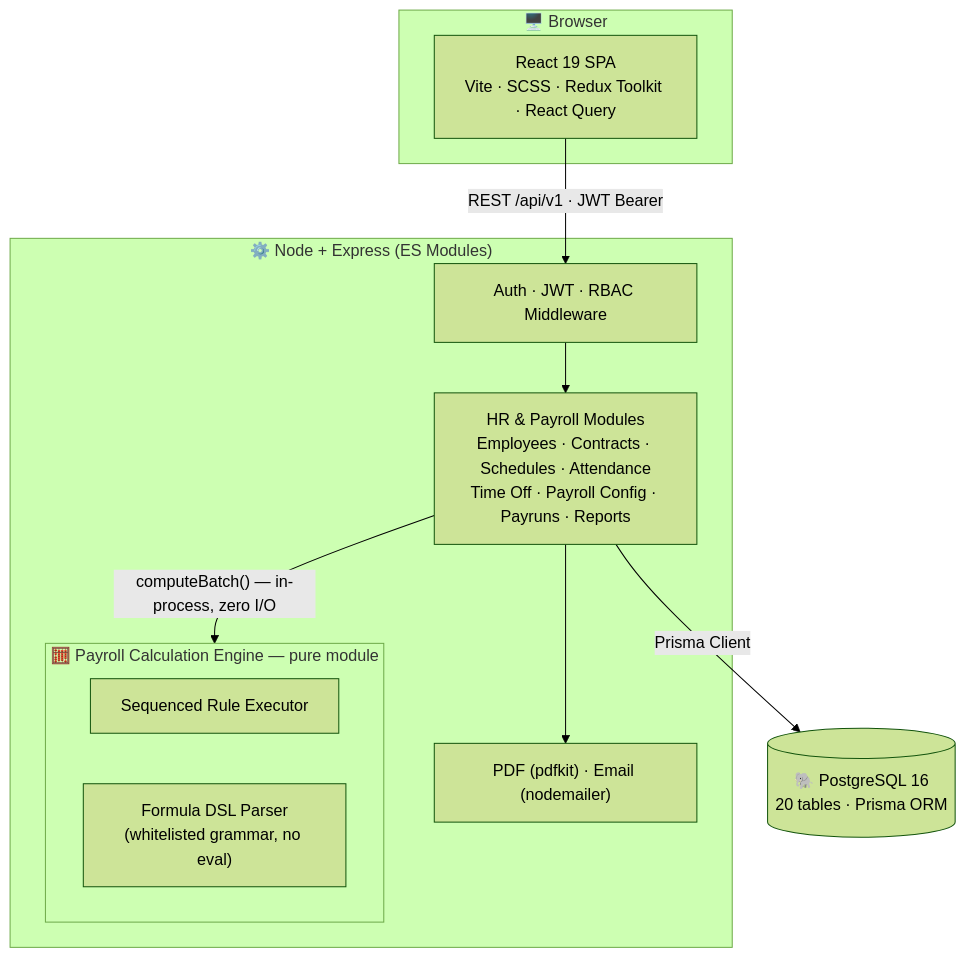
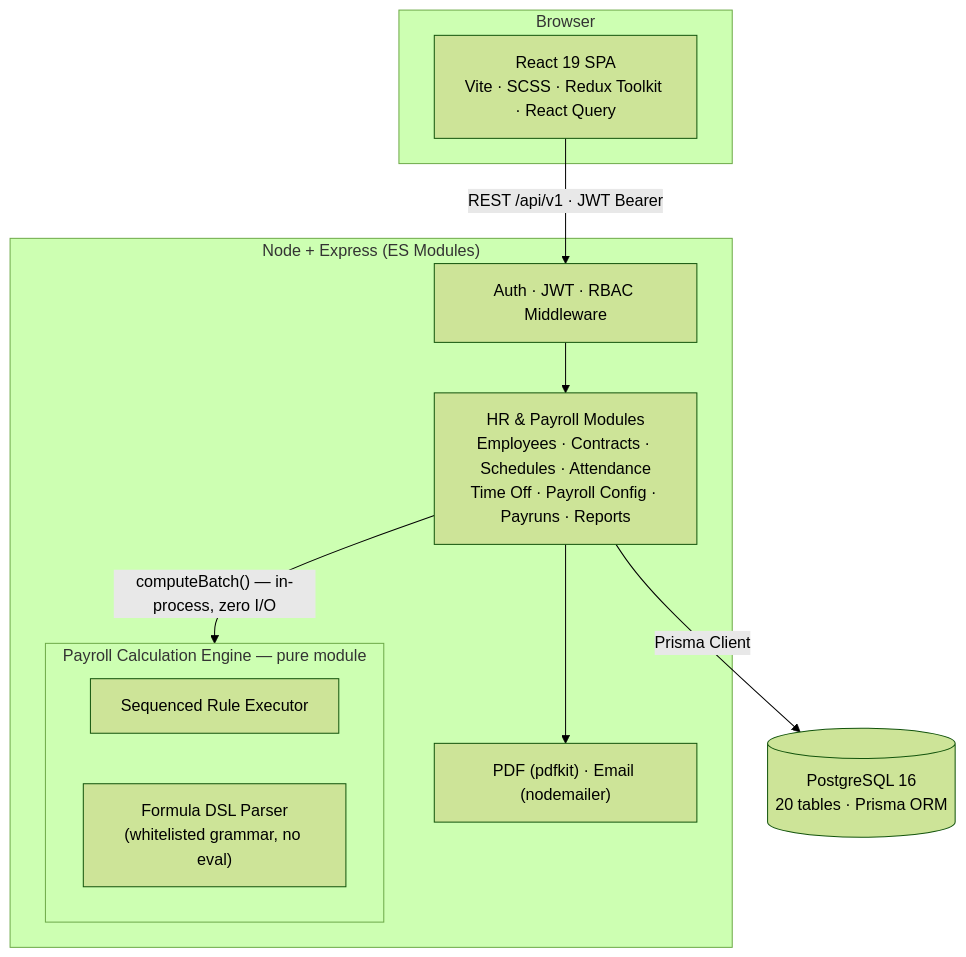
Before and after one commit to akshhthakkar/odoo-final: the first of 5 diagrams in README.md, drawn with Mermaid (forest theme). The commit also changed other lines of this file and 1 other file, not shown here.

````diff
--- a/README.md
+++ b/README.md
@@ -80,24 +81,24 @@
 ```mermaid
 graph TD
-    subgraph BROWSER["🖥️ Browser"]
+    subgraph BROWSER["Browser"]
         UI["React 19 SPA<br/>Vite · SCSS · Redux Toolkit · React Query"]
     end
 
-    subgraph SERVER["⚙️ Node + Express (ES Modules)"]
+    subgraph SERVER["Node + Express (ES Modules)"]
         AUTH["Auth · JWT · RBAC Middleware"]
         MODS["HR & Payroll Modules<br/>Employees · Contracts · Schedules · Attendance<br/>Time Off · Payroll Config · Payruns · Reports"]
-        subgraph ENGINE["🧮 Payroll Calculation Engine — pure module"]
+        subgraph ENGINE["Payroll Calculation Engine — pure module"]
             EXEC["Sequenced Rule Executor"]
             DSL["Formula DSL Parser<br/>(whitelisted grammar, no eval)"]
         end
         NOTIF["PDF (pdfkit) · Email (nodemailer)"]
     end
 
-    DB[("🐘 PostgreSQL 16<br/>20 tables · Prisma ORM")]
+    DB[("PostgreSQL 16<br/>20 tables · Prisma ORM")]
 
     UI -->|"REST /api/v1 · JWT Bearer"| AUTH
     AUTH --> MODS
     MODS -->|"computeBatch() — in-process, zero I/O"| ENGINE
     MODS -->|"Prisma Client"| DB
     MODS --> NOTIF
 ```
````
